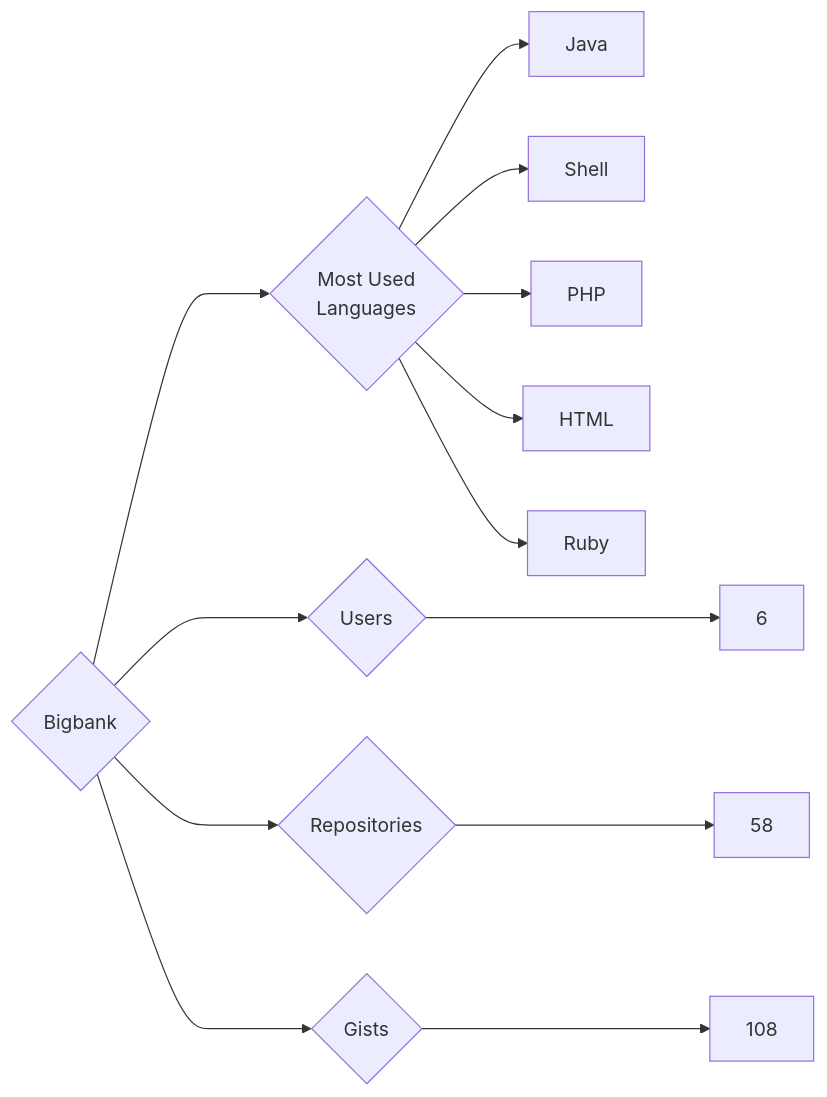
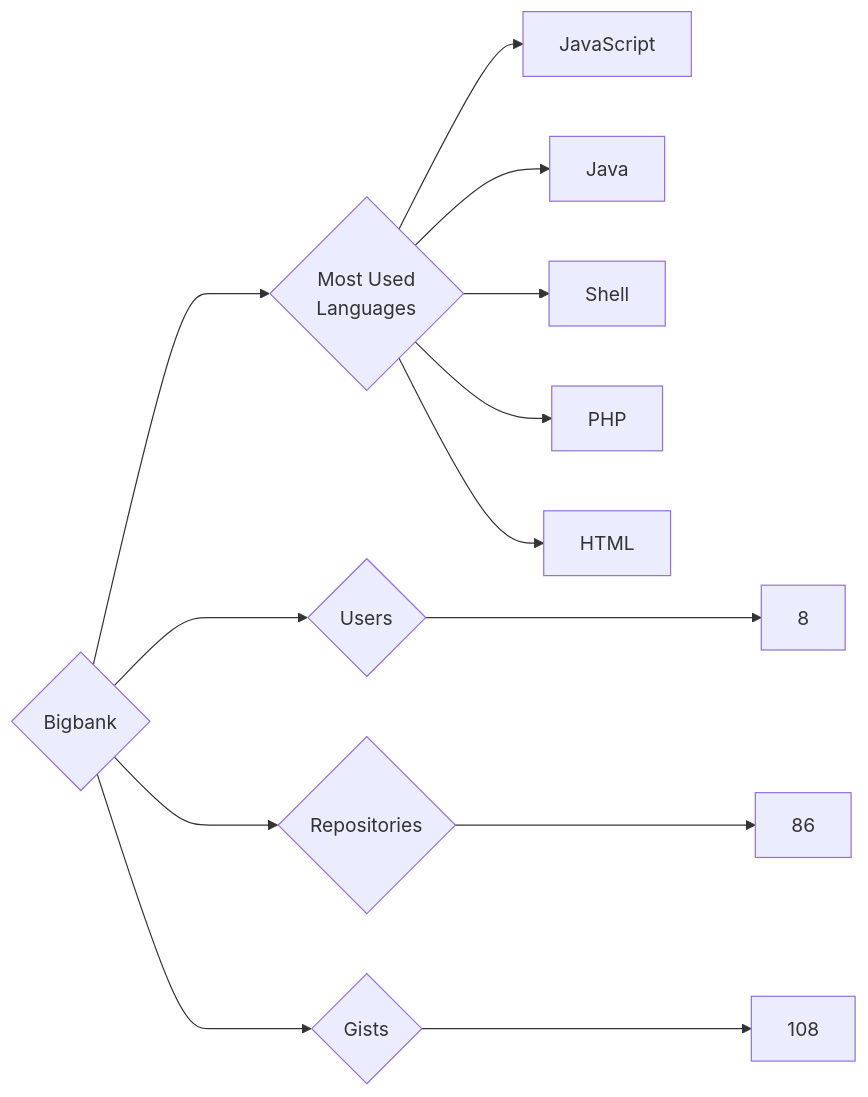
One commit to trickest/insiders changed the diagram in targets/Bigbank/README.md. Above: the diagram before and after it, drawn with Mermaid. The commit also changed 633 other files, not shown here.

````diff
--- a/targets/Bigbank/README.md
+++ b/targets/Bigbank/README.md
@@ -3,13 +3,13 @@
 ```mermaid
 graph LR
 COMPANY_NAME{Bigbank}
-COMPANY_NAME ---> U{Users} ---> UN[6]
-COMPANY_NAME ---> R{Repositories} ---> RN[58]
+COMPANY_NAME ---> U{Users} ---> UN[8]
+COMPANY_NAME ---> R{Repositories} ---> RN[86]
 COMPANY_NAME ---> G{Gists} ---> GN[108]
 COMPANY_NAME ---> ML{Most Used<br>Languages}
+ML --> JavaScript[JavaScript]
 ML --> Java[Java]
 ML --> Shell[Shell]
 ML --> PHP[PHP]
 ML --> HTML[HTML]
-ML --> Ruby[Ruby]
 ```
````
